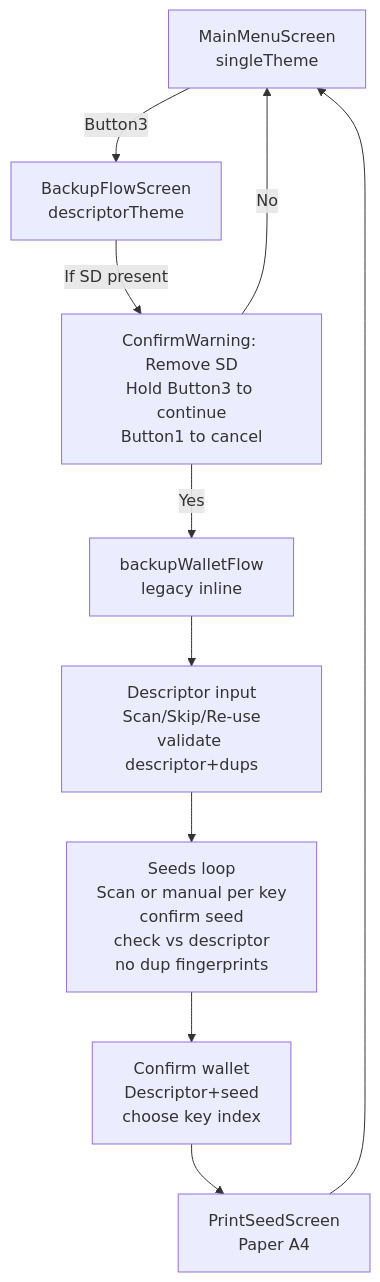
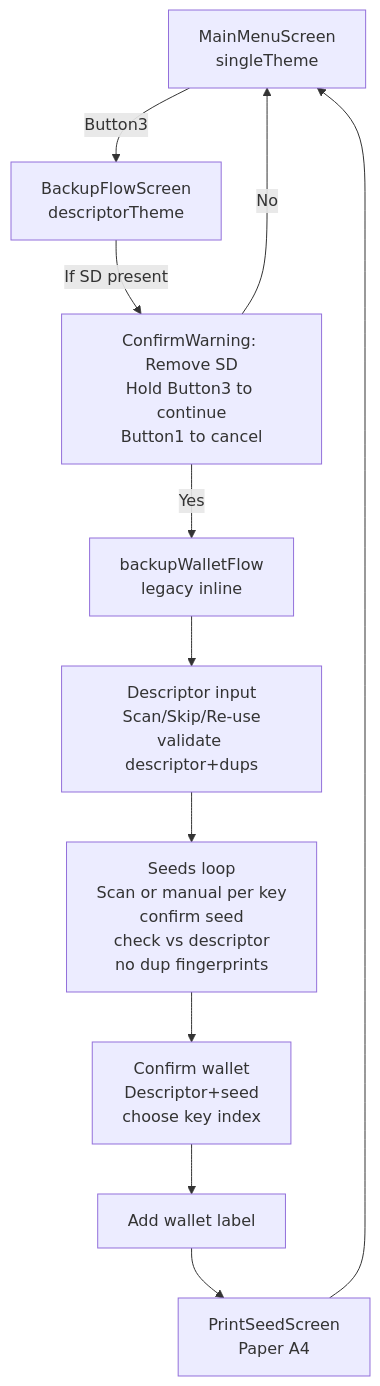
The diagram in docs/dev/gui.md (cmyk/seedetcher), drawn with Mermaid before and after one commit.

Commit message:
added label step to flowchart

````diff
--- a/docs/dev/gui.md
+++ b/docs/dev/gui.md
@@ -3,12 +3,13 @@
 ```mermaid
 flowchart TD
     A[MainMenuScreen<br>singleTheme] -->|Button3| B[BackupFlowScreen<br>descriptorTheme]
     B -->|If SD present| C[ConfirmWarning: Remove SD<br>Hold Button3 to continue<br>Button1 to cancel]
     C -->|Yes| D
     C -->|No| A
     D[backupWalletFlow<br>legacy inline] --> E[Descriptor input<br>Scan/Skip/Re-use<br>validate descriptor+dups]
     E --> F[Seeds loop<br>Scan or manual per key<br>confirm seed<br>check vs descriptor<br>no dup fingerprints]
     F --> G[Confirm wallet<br>Descriptor+seed<br>choose key index]
-    G --> H[PrintSeedScreen<br>Paper A4]
-    H --> A
+    G --> H[Add wallet label]
+    H --> I[PrintSeedScreen<br>Paper A4]
+    I --> A
 ```
````
